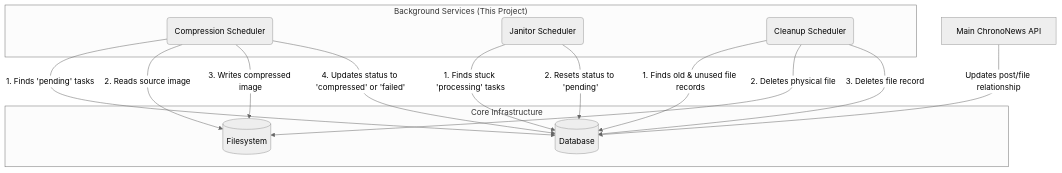
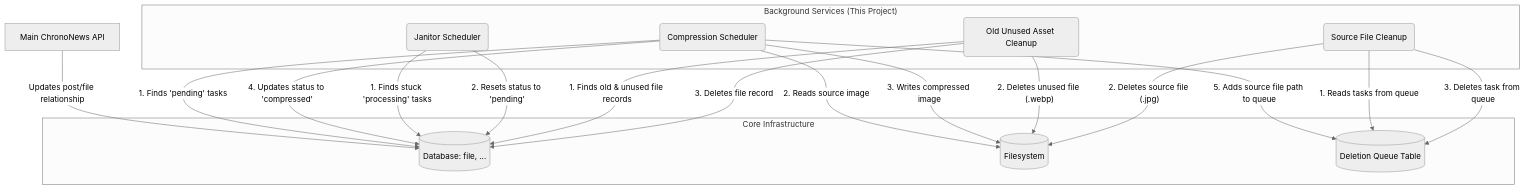
Before and after one commit to ScrKiddie/ChronoNewsScheduler: the diagram in README.md, drawn with Mermaid (neutral theme). The commit also changed other lines of this file and 6 other files, not shown here.

Commit message:
feat: implement persistent queue for source file deletion

`````diff
--- a/README.md
+++ b/README.md
@@ -19,32 +19,39 @@
 ```mermaid
 graph TD
     %% Define Core Components & Main App
     subgraph "Core Infrastructure"
-        DB[(Database)]
+        DB[(Database: file, ...)]
         FS[(Filesystem)]
+        DeletionQueue[(Deletion Queue Table)]
     end
     
     MainApp[Main ChronoNews API]
 
     %% Define Schedulers
     subgraph "Background Services (This Project)"
         CompScheduler(Compression Scheduler)
         JanitorScheduler(Janitor Scheduler)
-        CleanupScheduler(Cleanup Scheduler)
+        CleanupScheduler(Old Unused Asset Cleanup)
+        DeletionQueueScheduler(Source File Cleanup)
     end
 
     %% Define Interactions
     MainApp -- "Updates post/file relationship" --> DB
 
     CompScheduler -- "1. Finds 'pending' tasks" --> DB
     CompScheduler -- "2. Reads source image" --> FS
     CompScheduler -- "3. Writes compressed image" --> FS
-    CompScheduler -- "4. Updates status to 'compressed' or 'failed'" --> DB
+    CompScheduler -- "4. Updates status to 'compressed'" --> DB
+    CompScheduler -- "5. Adds source file path to queue" --> DeletionQueue
 
     JanitorScheduler -- "1. Finds stuck 'processing' tasks" --> DB
     JanitorScheduler -- "2. Resets status to 'pending'" --> DB
 
     CleanupScheduler -- "1. Finds old & unused file records" --> DB
-    CleanupScheduler -- "2. Deletes physical file" --> FS
+    CleanupScheduler -- "2. Deletes unused file (.webp)" --> FS
     CleanupScheduler -- "3. Deletes file record" --> DB
-```
+
+    DeletionQueueScheduler -- "1. Reads tasks from queue" --> DeletionQueue
+    DeletionQueueScheduler -- "2. Deletes source file (.jpg)" --> FS
+    DeletionQueueScheduler -- "3. Deletes task from queue" --> DeletionQueue
+````
`````
